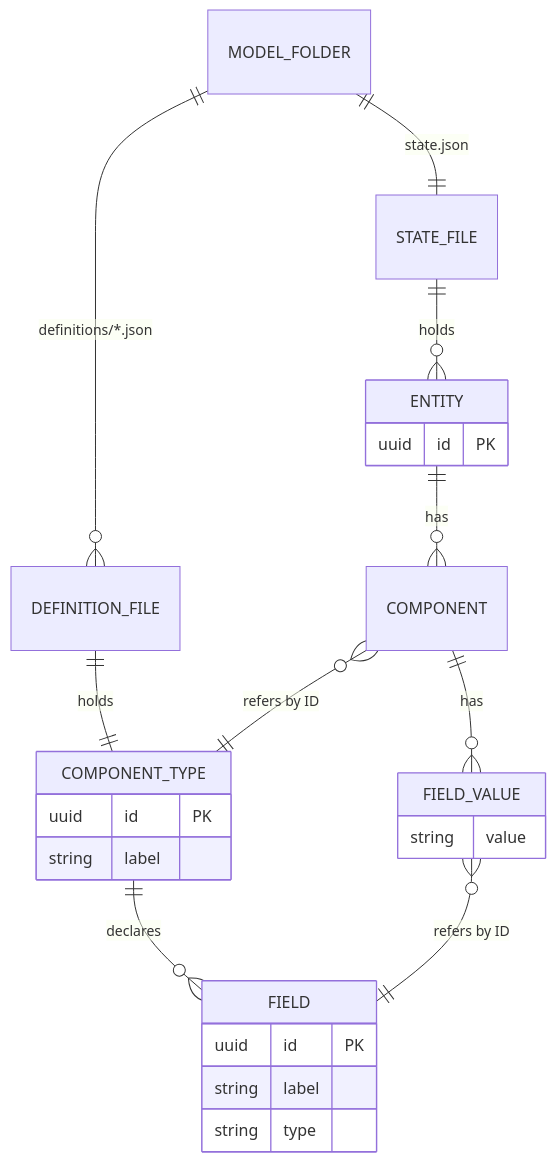
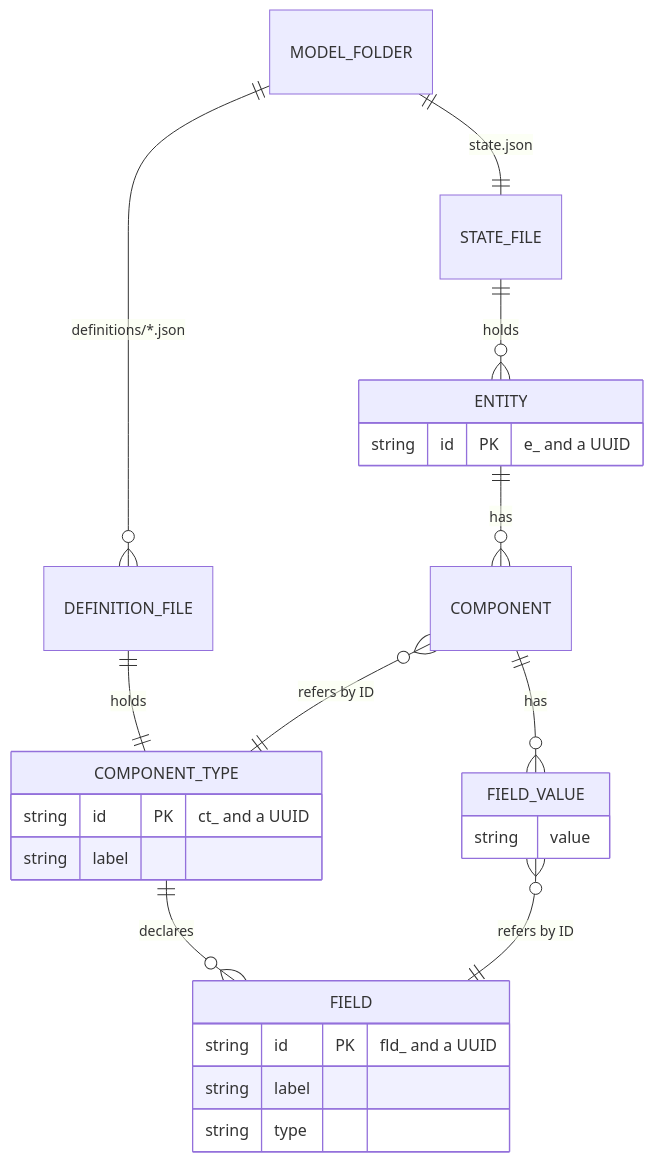
One commit to twin-digital/opus changed the first of 2 diagrams in openspec/changes/476-add-core-and-host/design.md. Above: the diagram before and after it, drawn with Mermaid. The commit also changed other lines of this file and 8 other files, not shown here.

````diff
--- a/openspec/changes/476-add-core-and-host/design.md
+++ b/openspec/changes/476-add-core-and-host/design.md
@@ -218,28 +218,28 @@
 ```mermaid
 erDiagram
   MODEL_FOLDER ||--o{ DEFINITION_FILE : "definitions/*.json"
   MODEL_FOLDER ||--|| STATE_FILE : "state.json"
   DEFINITION_FILE ||--|| COMPONENT_TYPE : holds
   COMPONENT_TYPE ||--o{ FIELD : declares
   STATE_FILE ||--o{ ENTITY : holds
   ENTITY ||--o{ COMPONENT : has
   COMPONENT }o--|| COMPONENT_TYPE : "refers by ID"
   COMPONENT ||--o{ FIELD_VALUE : has
   FIELD_VALUE }o--|| FIELD : "refers by ID"
 
   COMPONENT_TYPE {
-    uuid id PK
+    string id PK "ct_ and a UUID"
     string label
   }
   FIELD {
-    uuid id PK
+    string id PK "fld_ and a UUID"
     string label
     string type
   }
   ENTITY {
-    uuid id PK
+    string id PK "e_ and a UUID"
   }
   FIELD_VALUE {
     string value
   }
 ```
````
